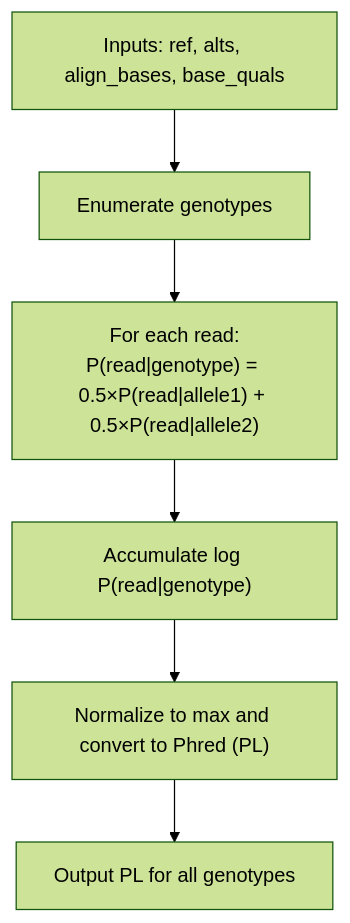
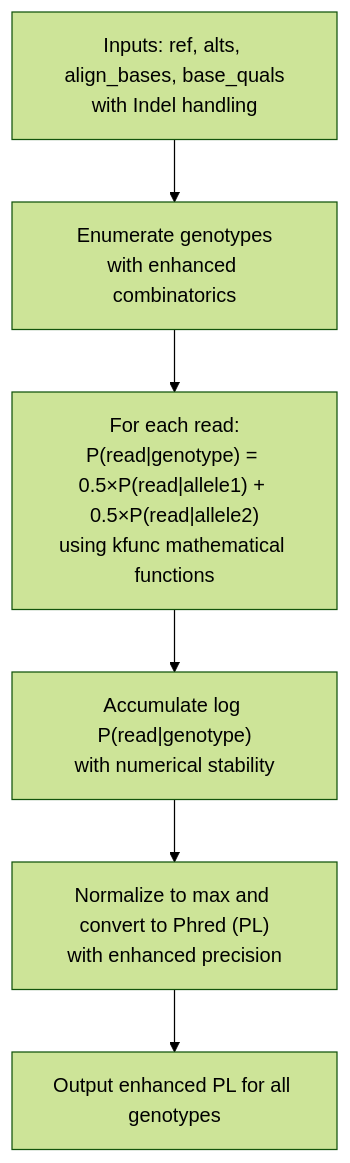
The fifth of 8 diagrams in .qoder/repowiki/en/content/Core Algorithm Architecture/Core Algorithm Architecture.md (ShujiaHuang/BaseVar2), drawn with Mermaid (forest theme) before and after one commit. The commit also changed other lines of this file and 6 other files, not shown here.

````diff
--- a/.qoder/repowiki/en/content/Core Algorithm Architecture/Core Algorithm Architecture.md
+++ b/.qoder/repowiki/en/content/Core Algorithm Architecture/Core Algorithm Architecture.md
@@ -179,8 +186,8 @@
 ```mermaid
 flowchart TD
-S["Inputs: ref, alts, align_bases, base_quals"] --> Geno["Enumerate genotypes"]
-Geno --> PerRead["For each read:<br/>P(read|genotype) = 0.5×P(read|allele1) + 0.5×P(read|allele2)"]
-PerRead --> LogLike["Accumulate log P(read|genotype)"]
-LogLike --> Normalize["Normalize to max and convert to Phred (PL)"]
-Normalize --> O["Output PL for all genotypes"]
+S["Inputs: ref, alts, align_bases, base_quals<br/>with Indel handling"] --> Geno["Enumerate genotypes<br/>with enhanced combinatorics"]
+Geno --> PerRead["For each read:<br/>P(read|genotype) = 0.5×P(read|allele1) + 0.5×P(read|allele2)<br/>using kfunc mathematical functions"]
+PerRead --> LogLike["Accumulate log P(read|genotype)<br/>with numerical stability"]
+LogLike --> Normalize["Normalize to max and convert to Phred (PL)<br/>with enhanced precision"]
+Normalize --> O["Output enhanced PL for all genotypes"]
 ```
````
